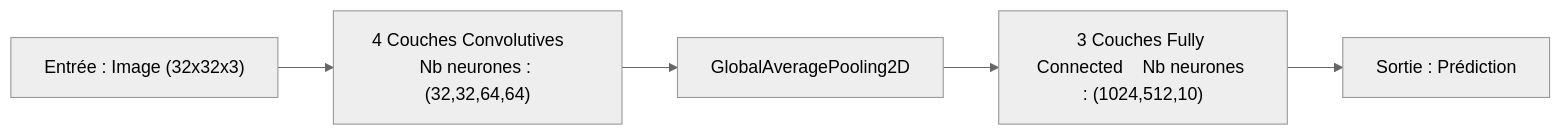
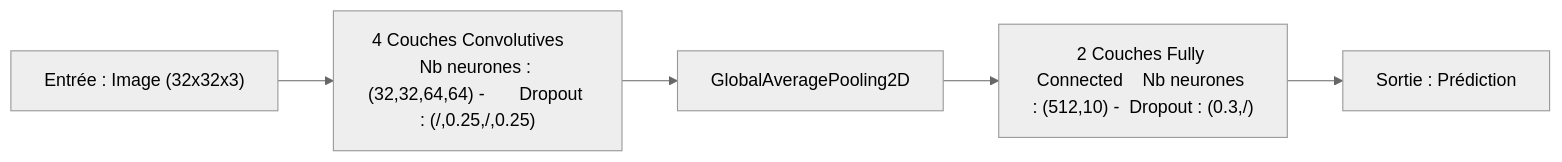
The sixth of 7 diagrams in README.md (PaulGuillemin/embedded-AI-CIFAR-10), drawn with Mermaid (neutral theme) before and after one commit. The commit also changed other lines of this file, not shown here.

````diff
--- a/README.md
+++ b/README.md
@@ -206,7 +216,7 @@
 ```mermaid
 flowchart LR
-    A["Entrée : Image (32x32x3)"] --> B["4 Couches Convolutives    Nb neurones : (32,32,64,64)"]
+    A["Entrée : Image (32x32x3)"] --> B["4 Couches Convolutives    Nb neurones : (32,32,64,64) -       Dropout : (/,0.25,/,0.25)"]
     B --> C["GlobalAveragePooling2D"]
-    C --> D["3 Couches Fully Connected    Nb neurones : (1024,512,10)"]
+    C --> D["2 Couches Fully Connected    Nb neurones : (512,10) -  Dropout : (0.3,/)"]
     D --> E["Sortie : Prédiction"]
 ```
````
